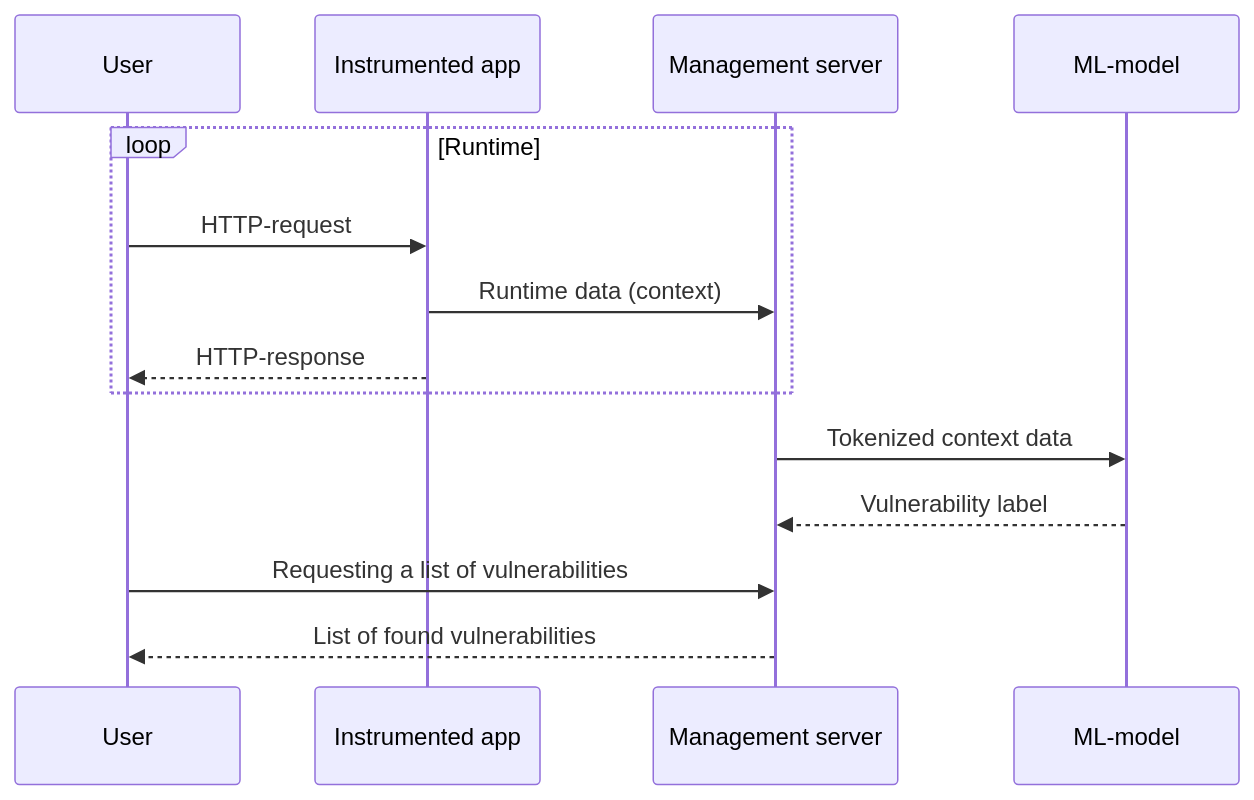
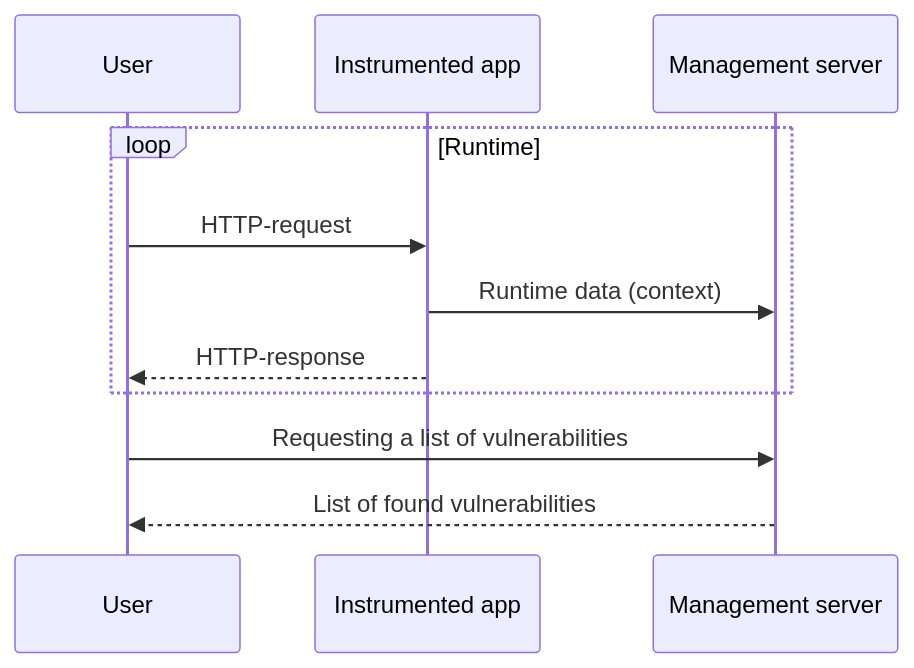
The diagram in Readme.md (light-hat/immunity), drawn with Mermaid before and after one commit.

````diff
--- a/Readme.md
+++ b/Readme.md
@@ -29,12 +29,10 @@
 ```mermaid
 sequenceDiagram
 loop Runtime
 User->>Instrumented app: HTTP-request
 Instrumented app->>Management server: Runtime data (context)
 Instrumented app-->>User: HTTP-response
 end
-Management server->>ML-model: Tokenized context data
-ML-model-->>Management server: Vulnerability label
 User->>Management server: Requesting a list of vulnerabilities
 Management server-->>User: List of found vulnerabilities
 ```
````
